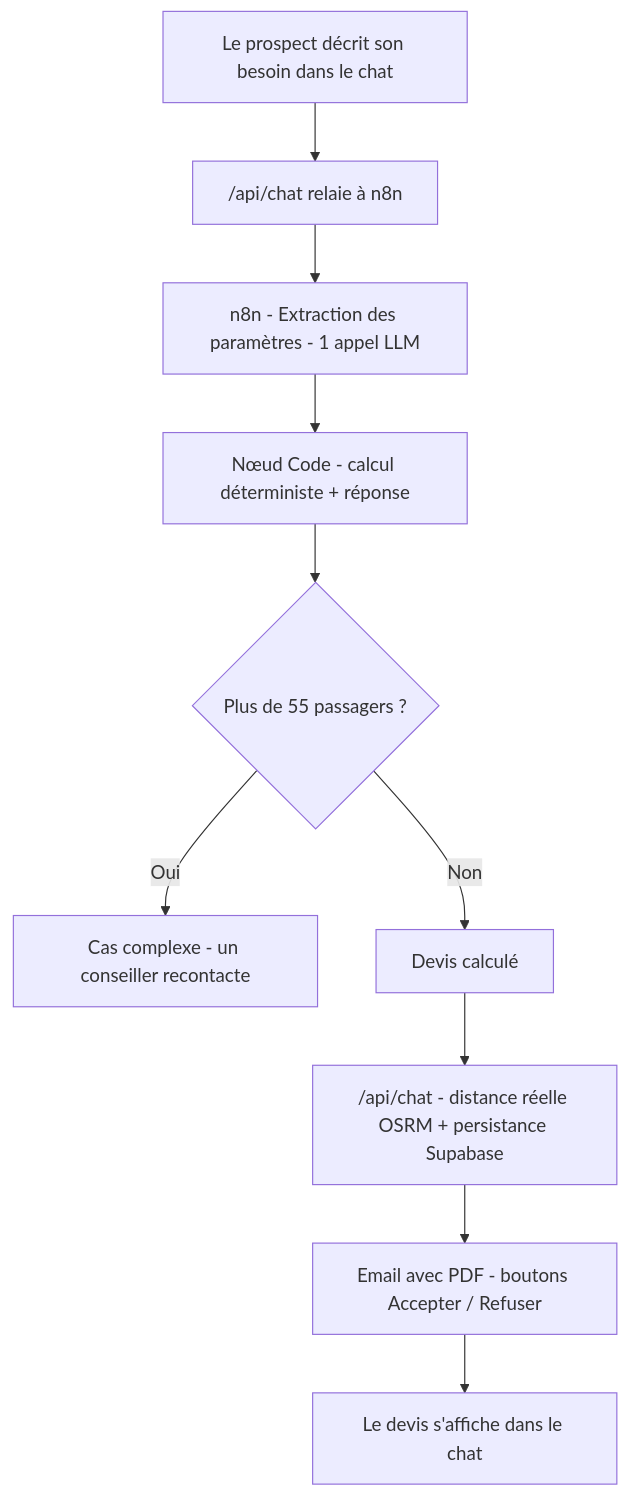
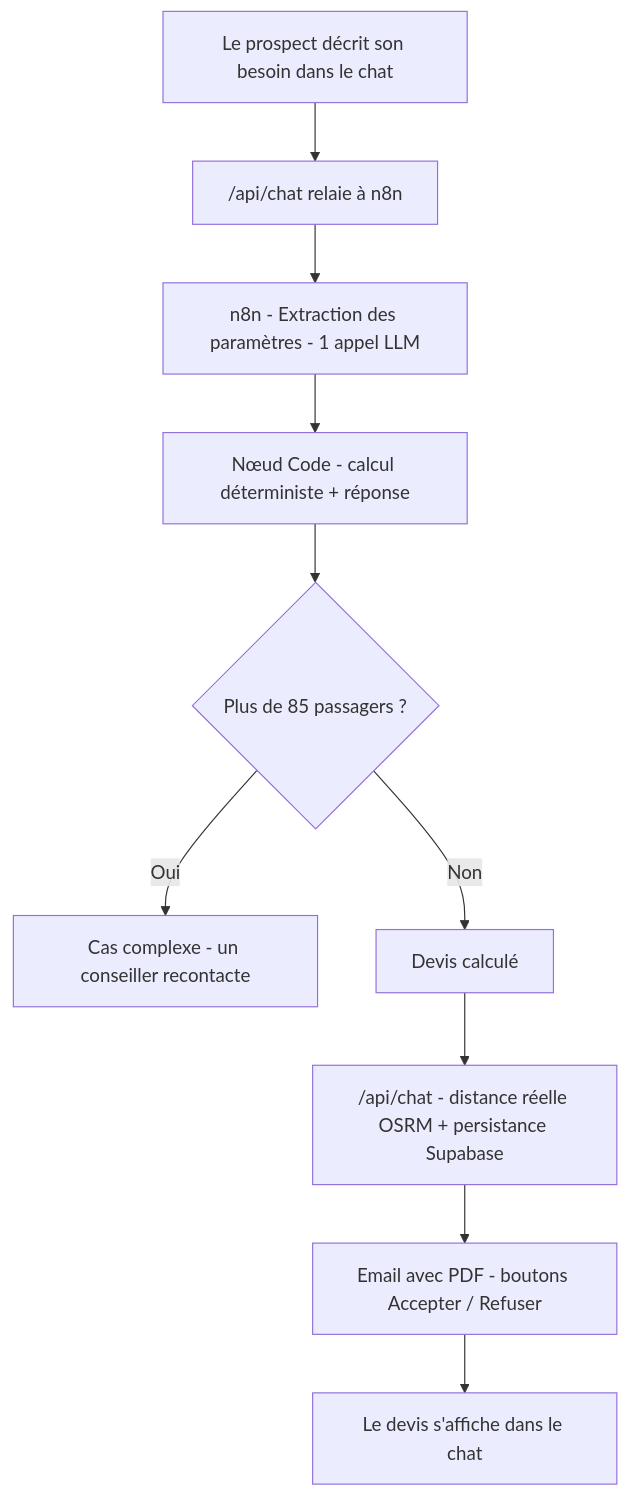
The second of 5 diagrams in DIAGRAMMES.md (Karmadibsa/Autocar-Location), drawn with Mermaid before and after one commit. The commit also changed other lines of this file and 28 other files, not shown here.

````diff
--- a/DIAGRAMMES.md
+++ b/DIAGRAMMES.md
@@ -52,12 +52,12 @@
 ```mermaid
 flowchart TB
     A[Le prospect décrit son besoin dans le chat] --> B["/api/chat relaie à n8n"]
     B --> C[n8n - Extraction des paramètres - 1 appel LLM]
     C --> D[Nœud Code - calcul déterministe + réponse]
-    D --> E{Plus de 55 passagers ?}
+    D --> E{Plus de 85 passagers ?}
     E -->|Oui| F[Cas complexe - un conseiller recontacte]
     E -->|Non| G[Devis calculé]
     G --> H["/api/chat - distance réelle OSRM + persistance Supabase"]
     H --> I[Email avec PDF - boutons Accepter / Refuser]
     I --> J[Le devis s'affiche dans le chat]
 ```
````
